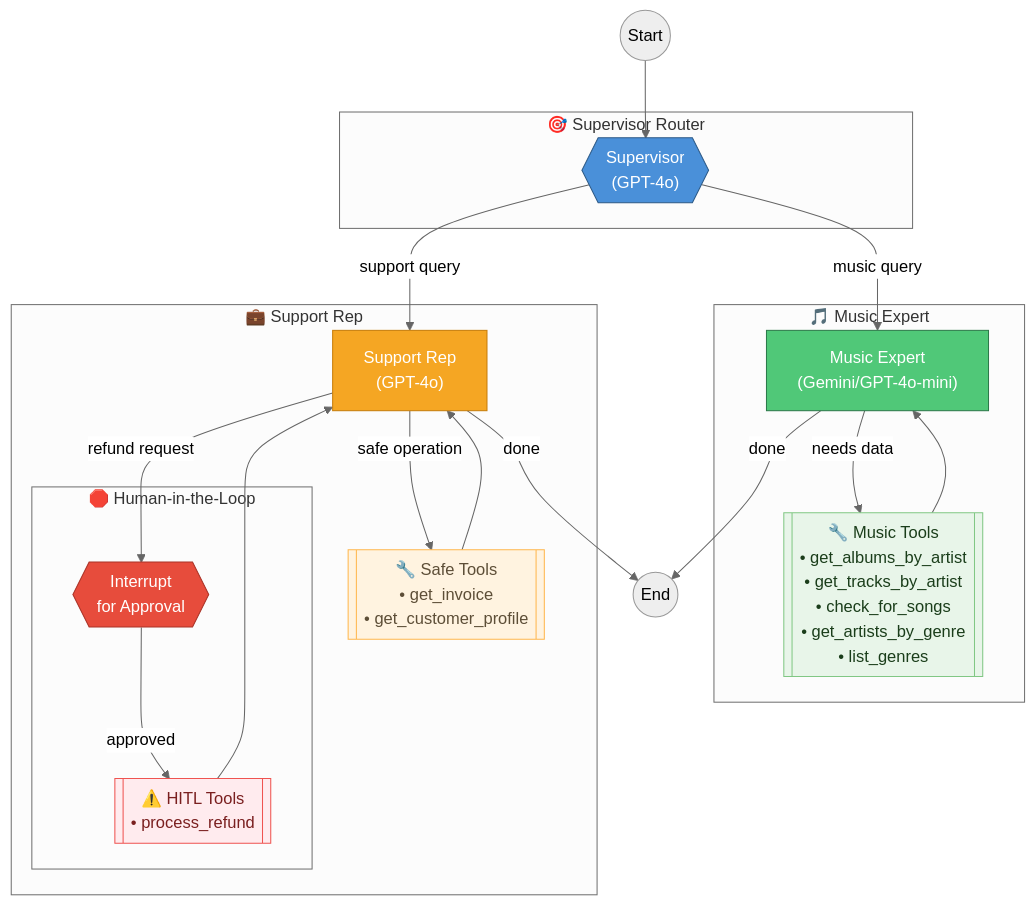
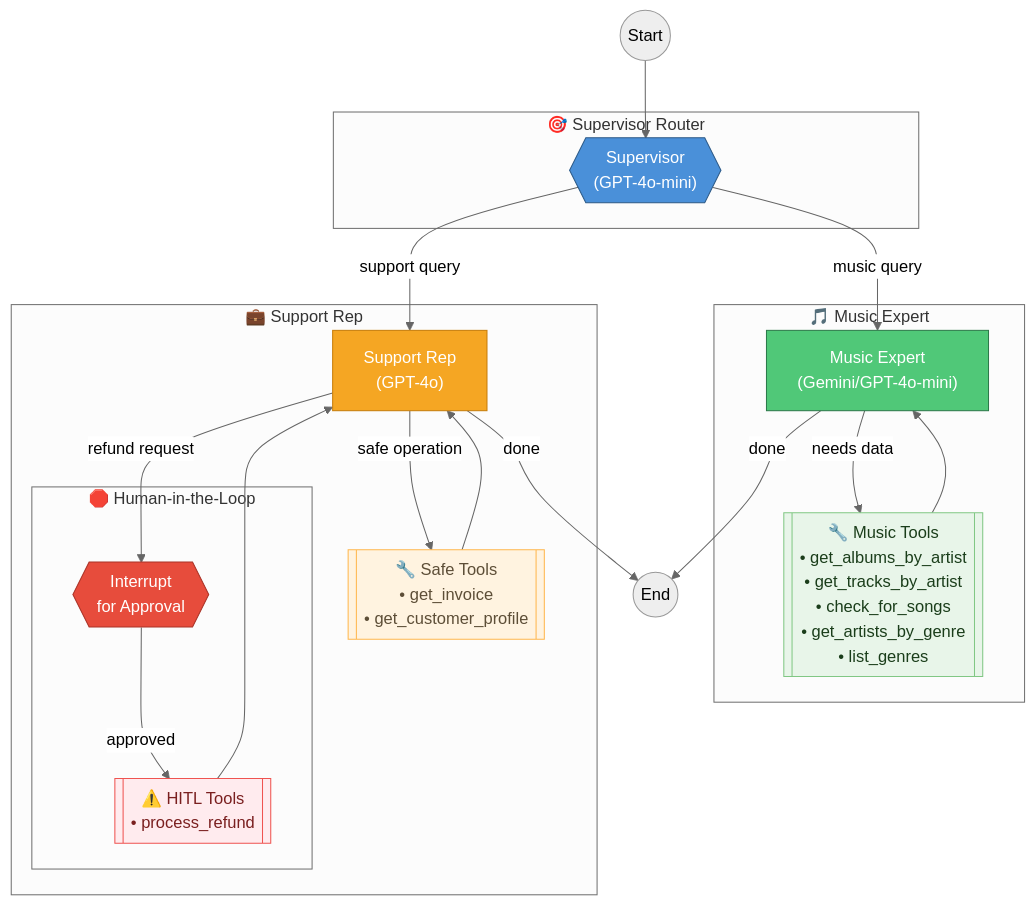
The diagram in README.md (scarolan/music_store_assistant), drawn with Mermaid (neutral theme) before and after one commit. The commit also changed other lines of this file and 1 other file, not shown here.

Commit message:
Downgrade supervisor to GPT-4o-mini for faster/cheaper routing

````diff
--- a/README.md
+++ b/README.md
@@ -9,46 +9,46 @@
 ```mermaid
 flowchart TD
     Start((Start)) --> supervisor
 
     subgraph Routing["🎯 Supervisor Router"]
-        supervisor{{"Supervisor<br/>(GPT-4o)"}}
+        supervisor{{"Supervisor<br/>(GPT-4o-mini)"}}
     end
 
     supervisor -->|"music query"| music_expert
     supervisor -->|"support query"| support_rep
 
     subgraph Music["🎵 Music Expert"]
         music_expert["Music Expert<br/>(Gemini/GPT-4o-mini)"]
         music_tools[["🔧 Music Tools<br/>• get_albums_by_artist<br/>• get_tracks_by_artist<br/>• check_for_songs<br/>• get_artists_by_genre<br/>• list_genres"]]
         music_expert -->|"needs data"| music_tools
         music_tools --> music_expert
     end
 
     subgraph Support["💼 Support Rep"]
         support_rep["Support Rep<br/>(GPT-4o)"]
         support_tools[["🔧 Safe Tools<br/>• get_invoice<br/>• get_customer_profile"]]
         refund_tools[["⚠️ HITL Tools<br/>• process_refund"]]
         
         support_rep -->|"safe operation"| support_tools
         support_rep -->|"refund request"| hitl
         support_tools --> support_rep
         
         subgraph HITL["🛑 Human-in-the-Loop"]
             hitl{{"Interrupt<br/>for Approval"}}
             hitl -->|"approved"| refund_tools
         end
         
         refund_tools --> support_rep
     end
 
     music_expert -->|"done"| End((End))
     support_rep -->|"done"| End
 
     style supervisor fill:#4a90d9,stroke:#2d5a87,color:#fff
     style music_expert fill:#50c878,stroke:#2d7a4a,color:#fff
     style support_rep fill:#f5a623,stroke:#c77d0a,color:#fff
     style hitl fill:#e74c3c,stroke:#a93226,color:#fff
     style music_tools fill:#e8f5e9,stroke:#81c784,color:#1a3d1a
     style support_tools fill:#fff3e0,stroke:#ffb74d,color:#5d4e37
     style refund_tools fill:#ffebee,stroke:#ef5350,color:#7a1f1f
 ```
````
